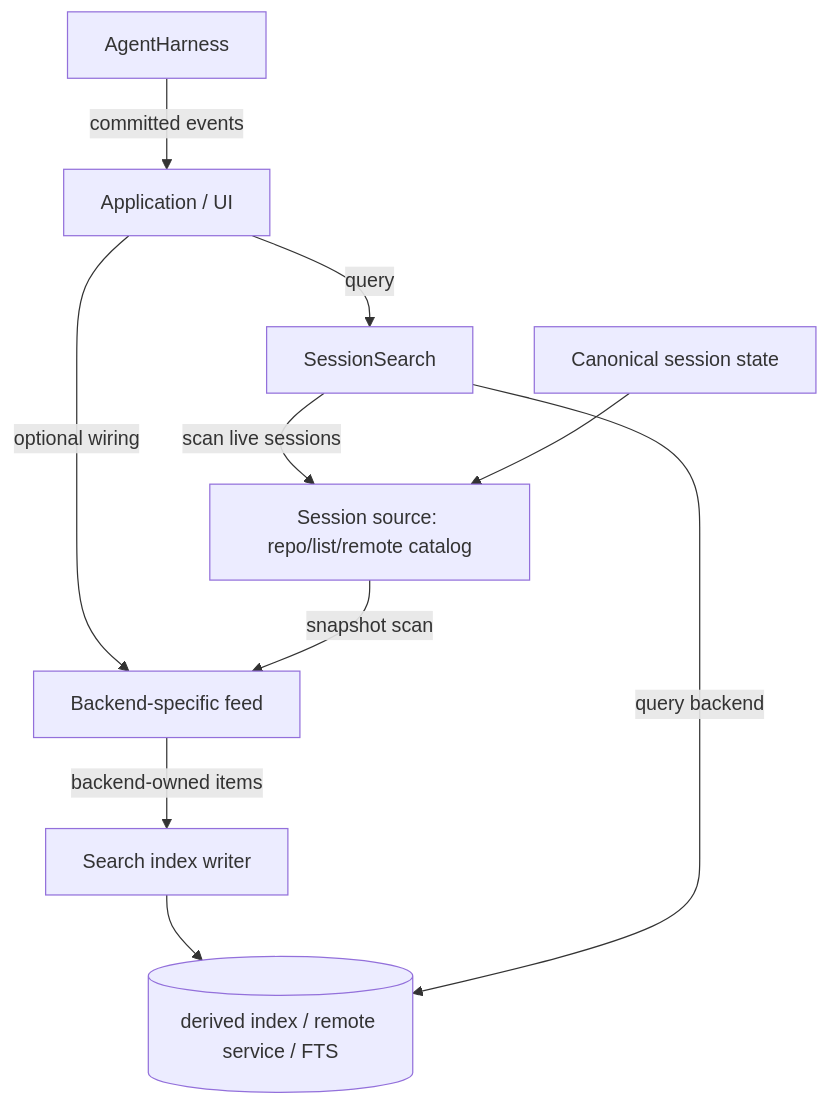
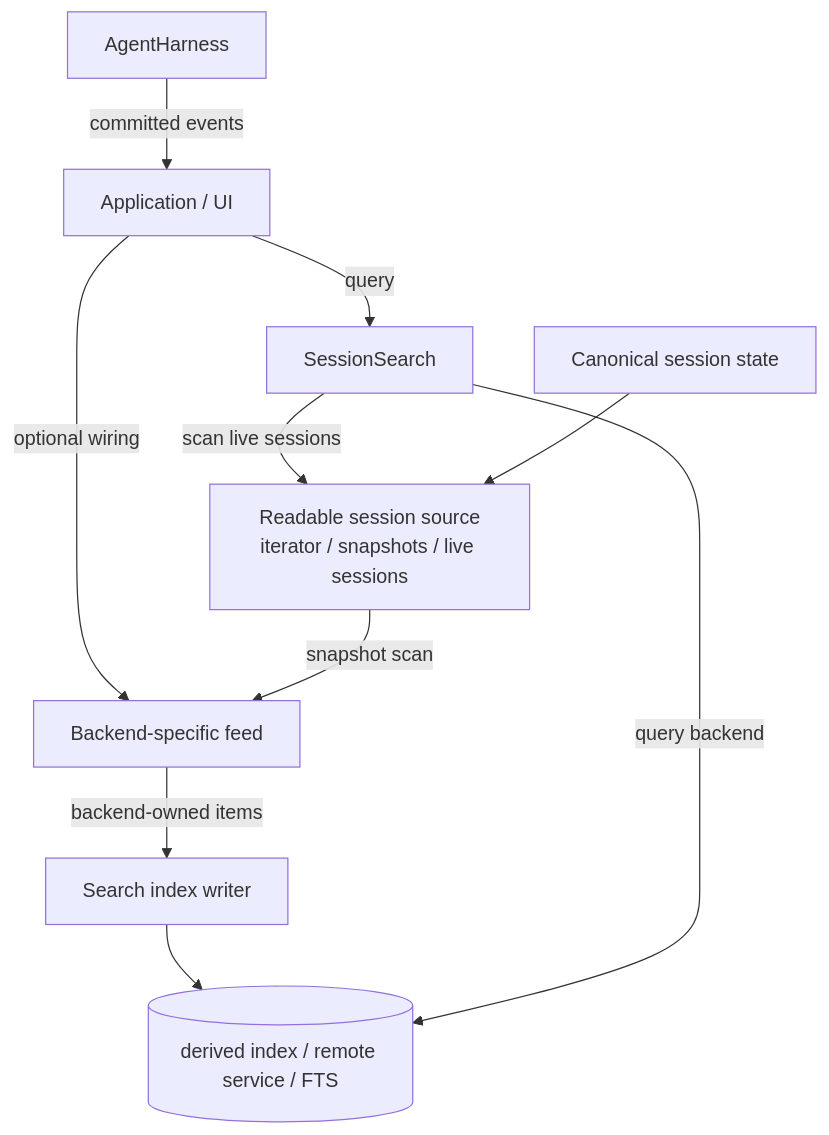
One commit to ELA718/pi changed the diagram in packages/agent/docs/search-v1.md. Above: the diagram before and after it, drawn with Mermaid. The commit also changed other lines of this file and 2 other files, not shown here.

Commit message:
fix: use iterator and no open

````diff
--- a/packages/agent/docs/search-v1.md
+++ b/packages/agent/docs/search-v1.md
@@ -3,12 +3,12 @@
 ```mermaid
 flowchart TD
     App[Application / UI] -->|query| Search[SessionSearch]
     App -->|optional wiring| Feed[Backend-specific feed]
     Harness[AgentHarness] -->|committed events| App
-    Source[Session source: repo/list/remote catalog] -->|snapshot scan| Feed
+    Source[Readable session source<br/>iterator / snapshots / live sessions] -->|snapshot scan| Feed
     Feed -->|backend-owned items| Indexer[Search index writer]
     Indexer --> Index[(derived index / remote service / FTS)]
     Search -->|scan live sessions| Source
     Search -->|query backend| Index
     Session[Canonical session state] --> Source
 ```
````
